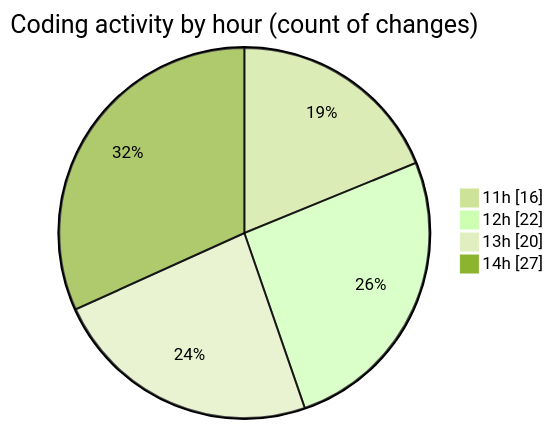
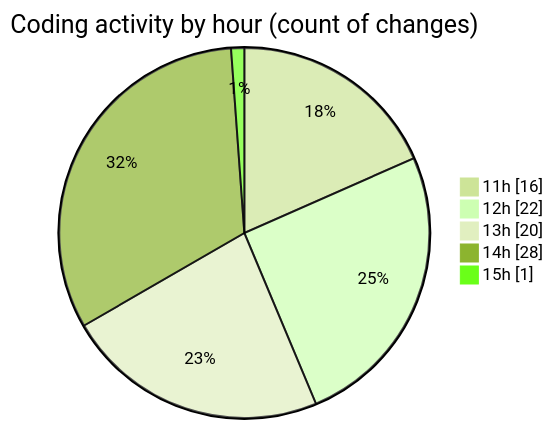
One commit to donsfak/code-tracking changed the second of 2 diagrams in 2025-03-25/wordle/README.md. Above: the diagram before and after it, drawn with Mermaid (forest theme). The commit also changed other lines of this file and 1 other file, not shown here.

````diff
--- a/2025-03-25/wordle/README.md
+++ b/2025-03-25/wordle/README.md
@@ -36,8 +36,9 @@
 ```mermaid
 pie showData
 title Coding activity by hour (count of changes)
 "11h" : 16
 "12h" : 22
 "13h" : 20
-"14h" : 27
+"14h" : 28
+"15h" : 1
 ```
````
